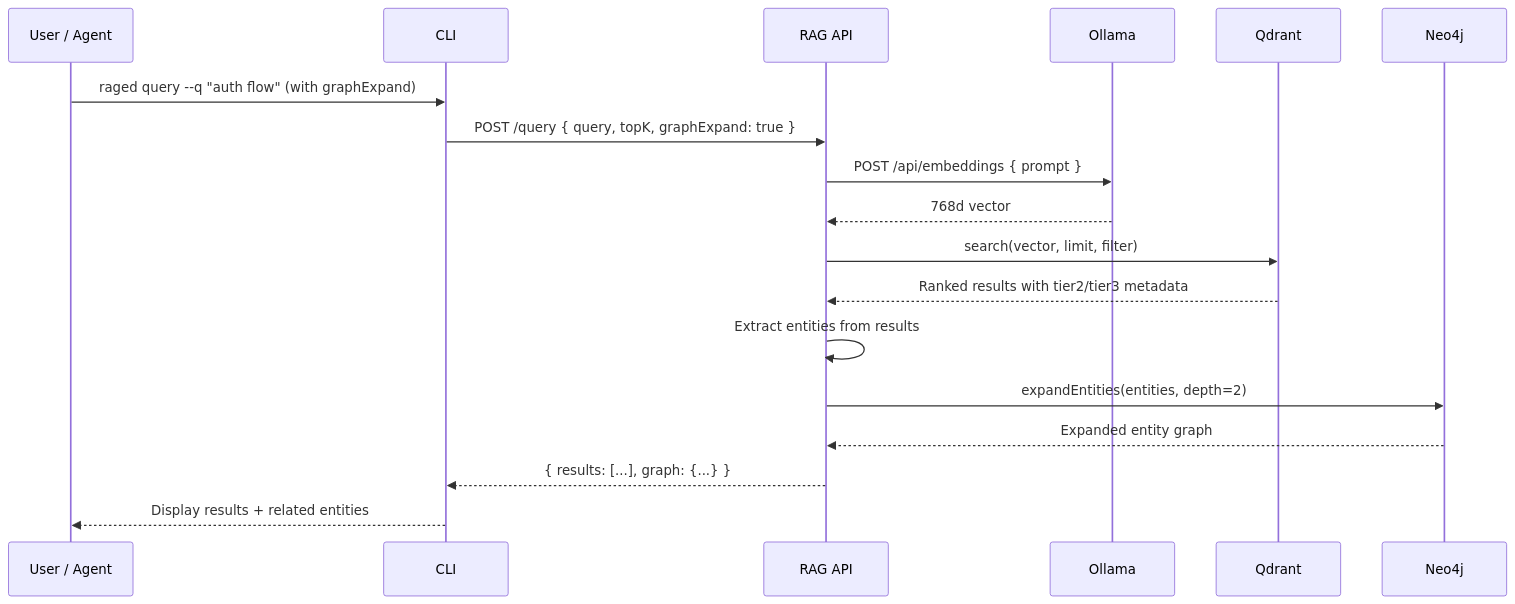
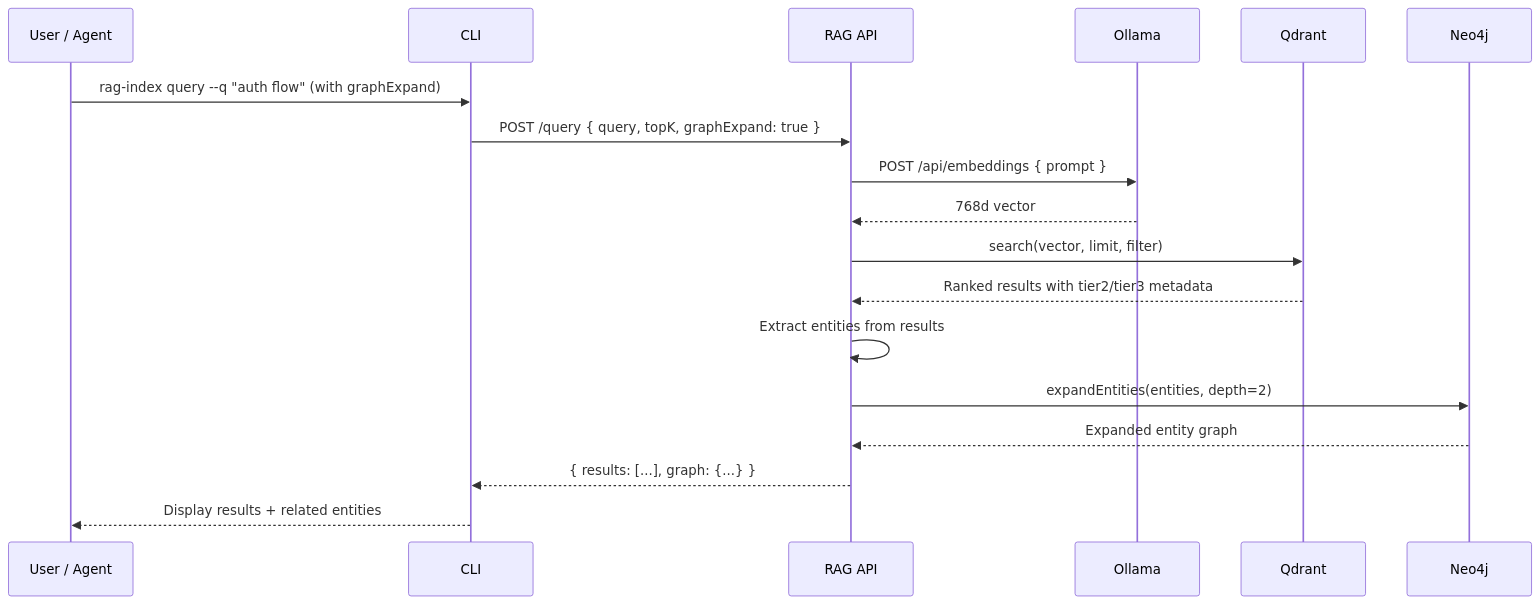
Before and after one commit to mfittko/RAGed: the sixth of 7 diagrams in docs/01-architecture.md, drawn with Mermaid. The commit also changed other lines of this file and 3 other files, not shown here.

````diff
--- a/docs/01-architecture.md
+++ b/docs/01-architecture.md
@@ -246,21 +246,21 @@
 ```mermaid
 sequenceDiagram
     participant U as User / Agent
     participant C as CLI
     participant A as RAG API
     participant O as Ollama
     participant Q as Qdrant
     participant N as Neo4j
 
-    U->>C: raged query --q "auth flow" (with graphExpand)
+    U->>C: rag-index query --q "auth flow" (with graphExpand)
     C->>A: POST /query { query, topK, graphExpand: true }
     A->>O: POST /api/embeddings { prompt }
     O-->>A: 768d vector
     A->>Q: search(vector, limit, filter)
     Q-->>A: Ranked results with tier2/tier3 metadata
     A->>A: Extract entities from results
     A->>N: expandEntities(entities, depth=2)
     N-->>A: Expanded entity graph
     A-->>C: { results: [...], graph: {...} }
     C-->>U: Display results + related entities
 ```
````
